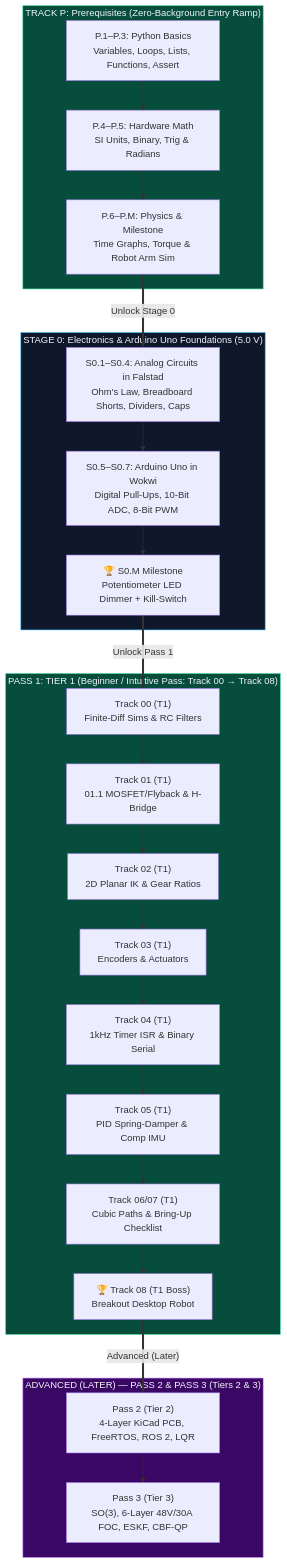
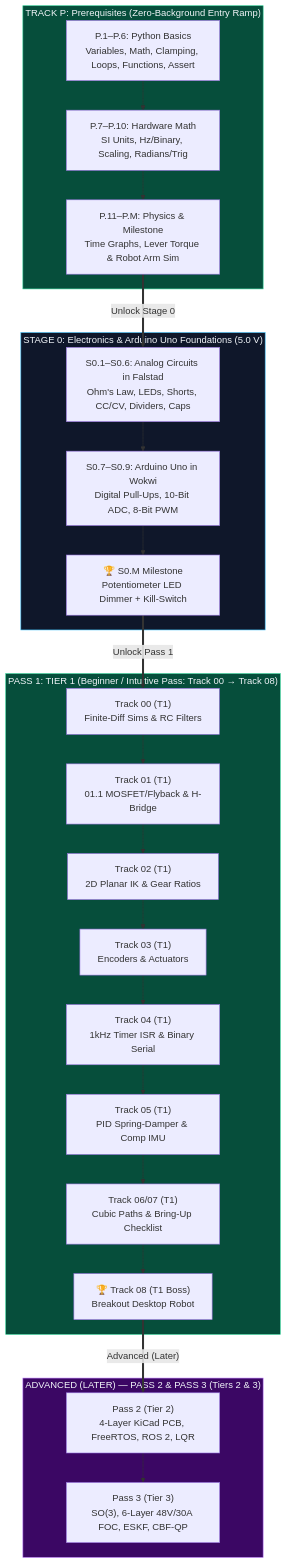
Before and after one commit to TLE47/Mechatronics-Roadmap: the diagram in README.md, drawn with Mermaid. The commit also changed other lines of this file and 58 other files, not shown here.

````diff
--- a/README.md
+++ b/README.md
@@ -114,27 +121,27 @@
 ```mermaid
 flowchart TB
     subgraph TP["TRACK P: Prerequisites (Zero-Background Entry Ramp)"]
-        TP_1["P.1–P.3: Python Basics<br/>Variables, Loops, Lists, Functions, Assert"] --> TP_2["P.4–P.5: Hardware Math<br/>SI Units, Binary, Trig & Radians"] --> TP_3["P.6–P.M: Physics & Milestone<br/>Time Graphs, Torque & Robot Arm Sim"]
+        TP_1["P.1–P.6: Python Basics<br/>Variables, Math, Clamping, Loops, Functions, Assert"] --> TP_2["P.7–P.10: Hardware Math<br/>SI Units, Hz/Binary, Scaling, Radians/Trig"] --> TP_3["P.11–P.M: Physics & Milestone<br/>Time Graphs, Lever Torque & Robot Arm Sim"]
     end
 
     subgraph L0["STAGE 0: Electronics & Arduino Uno Foundations (5.0 V)"]
-        L0_1["S0.1–S0.4: Analog Circuits in Falstad<br/>Ohm's Law, Breadboard Shorts, Dividers, Caps"] --> L0_2["S0.5–S0.7: Arduino Uno in Wokwi<br/>Digital Pull-Ups, 10-Bit ADC, 8-Bit PWM"] --> L0_3["🏆 S0.M Milestone<br/>Potentiometer LED Dimmer + Kill-Switch"]
+        L0_1["S0.1–S0.6: Analog Circuits in Falstad<br/>Ohm's Law, LEDs, Shorts, CC/CV, Dividers, Caps"] --> L0_2["S0.7–S0.9: Arduino Uno in Wokwi<br/>Digital Pull-Ups, 10-Bit ADC, 8-Bit PWM"] --> L0_3["🏆 S0.M Milestone<br/>Potentiometer LED Dimmer + Kill-Switch"]
     end
 
     subgraph P1["PASS 1: TIER 1 (Beginner / Intuitive Pass: Track 00 → Track 08)"]
         T1_0["Track 00 (T1)<br/>Finite-Diff Sims & RC Filters"] --> T1_1["Track 01 (T1)<br/>01.1 MOSFET/Flyback & H-Bridge"] --> T1_2["Track 02 (T1)<br/>2D Planar IK & Gear Ratios"] --> T1_3["Track 03 (T1)<br/>Encoders & Actuators"] --> T1_4["Track 04 (T1)<br/>1kHz Timer ISR & Binary Serial"] --> T1_5["Track 05 (T1)<br/>PID Spring-Damper & Comp IMU"] --> T1_6["Track 06/07 (T1)<br/>Cubic Paths & Bring-Up Checklist"] --> T1_8["🏆 Track 08 (T1 Boss)<br/>Breakout Desktop Robot"]
     end
 
     subgraph P2["ADVANCED (LATER) — PASS 2 & PASS 3 (Tiers 2 & 3)"]
         T2_0["Pass 2 (Tier 2)<br/>4-Layer KiCad PCB, FreeRTOS, ROS 2, LQR"] --> T3_0["Pass 3 (Tier 3)<br/>SO(3), 6-Layer 48V/30A FOC, ESKF, CBF-QP"]
     end
 
     TP_3 ==>|"Unlock Stage 0"| L0_1
     L0_3 ==>|"Unlock Pass 1"| T1_0
     T1_8 ==>|"Advanced (Later)"| T2_0
 
     style TP fill:#064e3b,stroke:#34d399,color:#f1f5f9
     style L0 fill:#0f172a,stroke:#38bdf8,color:#f1f5f9
     style P1 fill:#064e3b,stroke:#34d399,color:#f1f5f9
     style P2 fill:#3b0764,stroke:#c084fc,color:#f1f5f9
 ```
````
